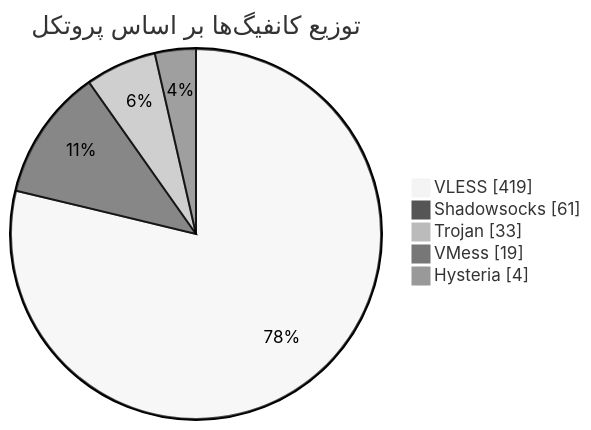
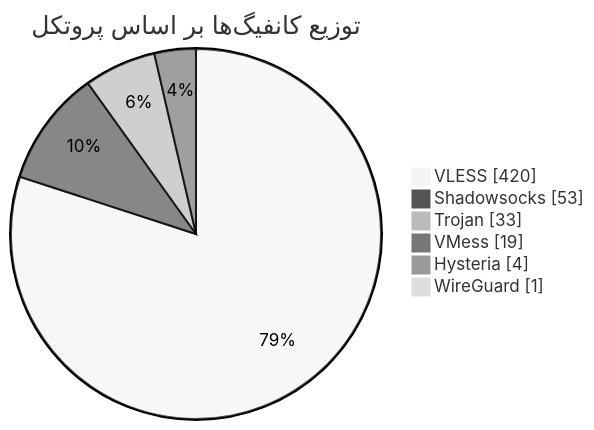
One commit to Arian-Alijani/Somthing changed the diagram in README.md. Above: the diagram before and after it, drawn with Mermaid (neutral theme). The commit also changed other lines of this file and 75 other files, not shown here.

````diff
--- a/README.md
+++ b/README.md
@@ -47,9 +48,10 @@
 ```mermaid
 pie showData
     title توزیع کانفیگ‌ها بر اساس پروتکل
-    "VLESS" : 419
-    "Shadowsocks" : 61
+    "VLESS" : 420
+    "Shadowsocks" : 53
     "Trojan" : 33
     "VMess" : 19
     "Hysteria" : 4
+    "WireGuard" : 1
 ```
````
